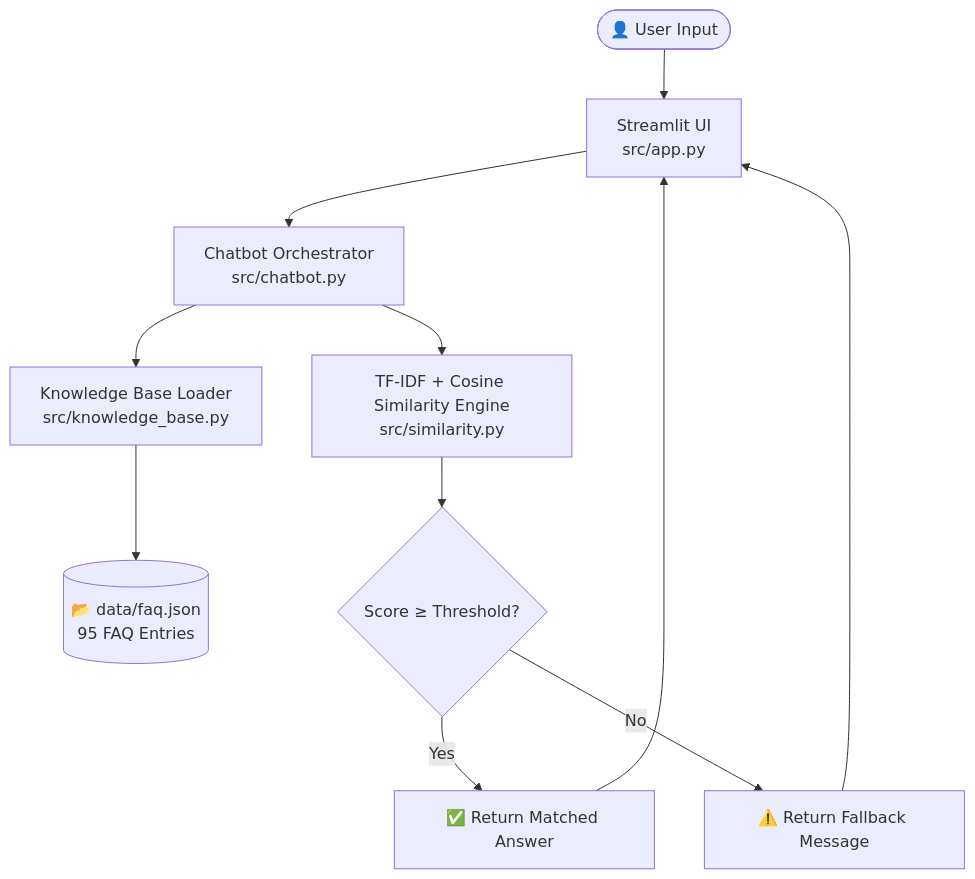
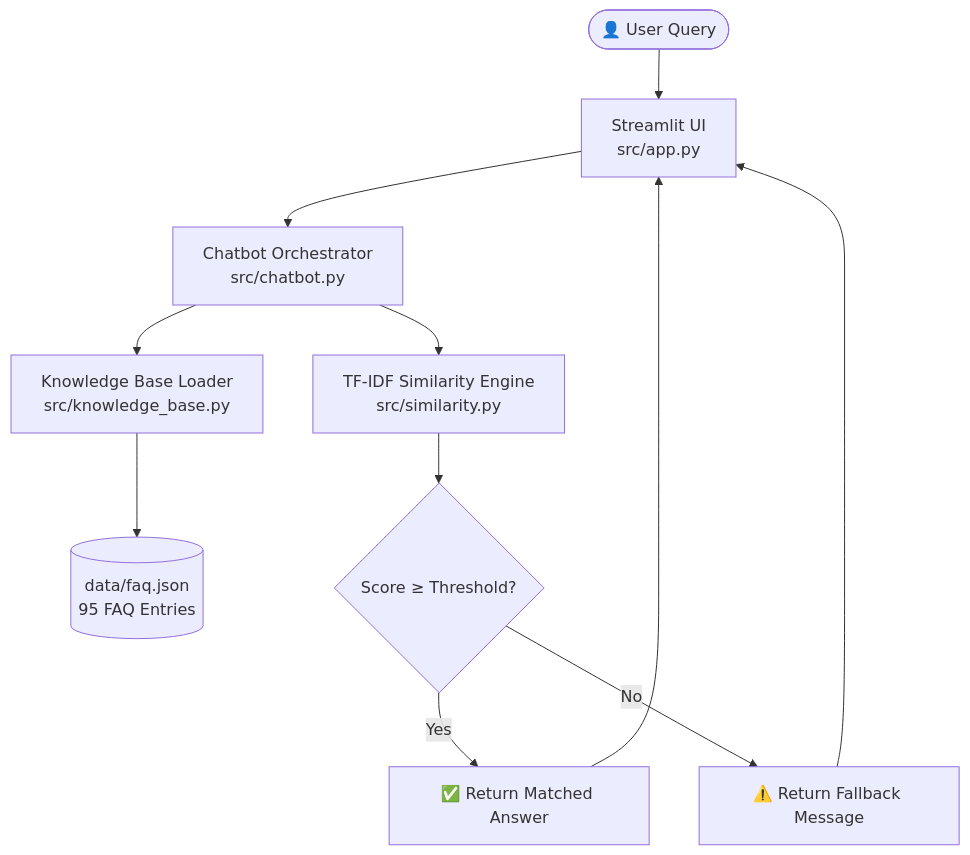
One commit to arsalanqasim/safex-internship-portfolio changed the diagram in README.md. Above: the diagram before and after it, drawn with Mermaid. The commit also changed other lines of this file, not shown here.

Commit message:
docs(readme): simplify to one Mermaid diagram, fix rendering issues

````diff
--- a/README.md
+++ b/README.md
@@ -47,13 +43,13 @@
 ```mermaid
 flowchart TD
-    A([👤 User Input]) --> B[Streamlit UI\nsrc/app.py]
-    B --> C[Chatbot Orchestrator\nsrc/chatbot.py]
-    C --> D[Knowledge Base Loader\nsrc/knowledge_base.py]
-    D --> E[(📂 data/faq.json\n95 FAQ Entries)]
-    C --> F[TF-IDF + Cosine Similarity Engine\nsrc/similarity.py]
-    F --> G{Score ≥ Threshold?}
-    G -- Yes --> H[✅ Return Matched Answer]
-    G -- No --> I[⚠️ Return Fallback Message]
+    A([👤 User Query]) --> B["Streamlit UI\nsrc/app.py"]
+    B --> C["Chatbot Orchestrator\nsrc/chatbot.py"]
+    C --> D["Knowledge Base Loader\nsrc/knowledge_base.py"]
+    D --> E[("data/faq.json\n95 FAQ Entries")]
+    C --> F["TF-IDF Similarity Engine\nsrc/similarity.py"]
+    F --> G{"Score ≥ Threshold?"}
+    G -- Yes --> H["✅ Return Matched Answer"]
+    G -- No  --> I["⚠️ Return Fallback Message"]
     H --> B
     I --> B
 ```
````
